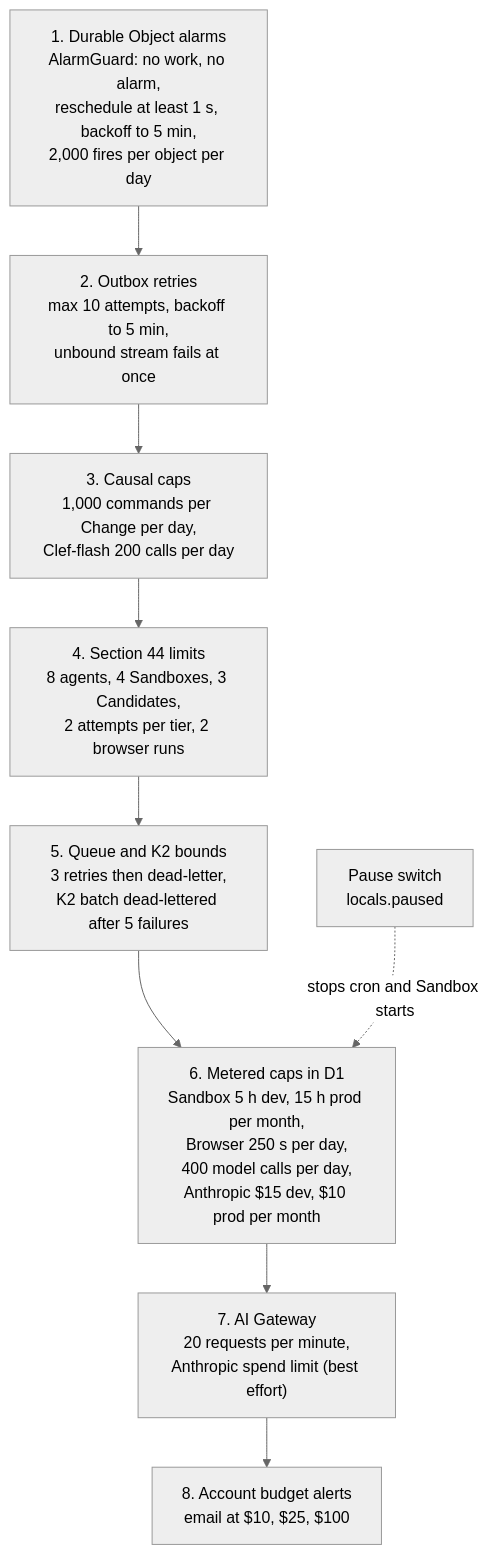
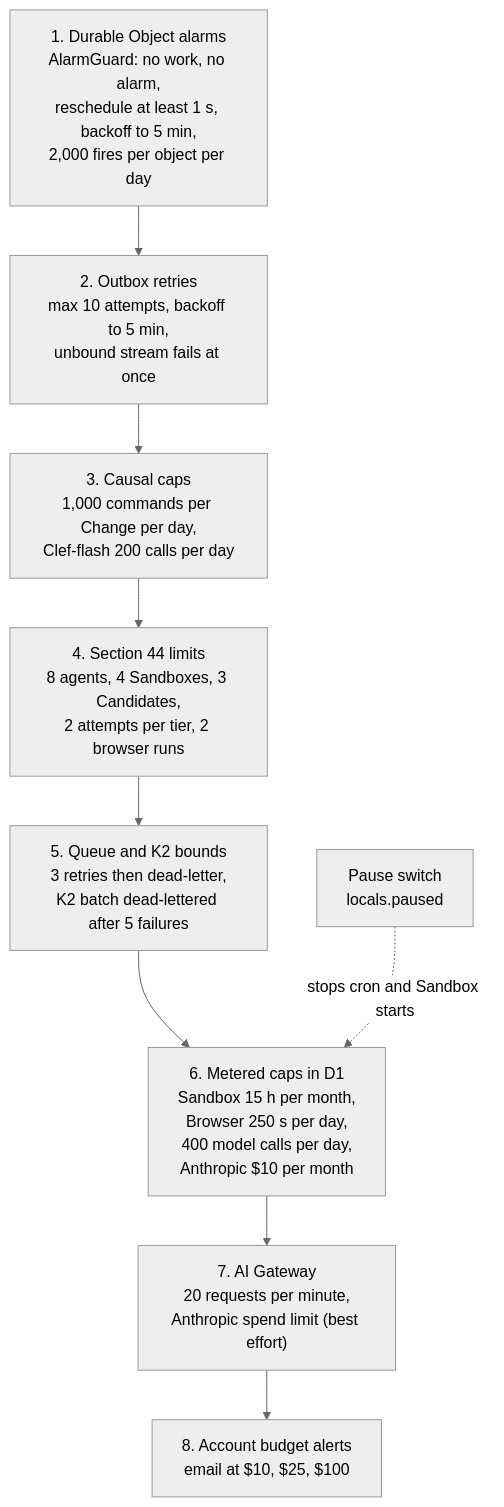
One commit to nsudhanva/rhumbatron changed the fifth of 6 diagrams in docs/architecture/infrastructure-and-cost.md. Above: the diagram before and after it, drawn with Mermaid (neutral theme). The commit also changed other lines of this file and 20 other files, not shown here.

````diff
--- a/docs/architecture/infrastructure-and-cost.md
+++ b/docs/architecture/infrastructure-and-cost.md
@@ -131,14 +126,14 @@
 ```mermaid
 flowchart TB
   L1["1. Durable Object alarms<br/>AlarmGuard: no work, no alarm,<br/>reschedule at least 1 s, backoff to 5 min,<br/>2,000 fires per object per day"]
   L2["2. Outbox retries<br/>max 10 attempts, backoff to 5 min,<br/>unbound stream fails at once"]
   L3["3. Causal caps<br/>1,000 commands per Change per day,<br/>Clef-flash 200 calls per day"]
   L4["4. Section 44 limits<br/>8 agents, 4 Sandboxes, 3 Candidates,<br/>2 attempts per tier, 2 browser runs"]
   L5["5. Queue and K2 bounds<br/>3 retries then dead-letter,<br/>K2 batch dead-lettered after 5 failures"]
-  L6["6. Metered caps in D1<br/>Sandbox 5 h dev, 15 h prod per month,<br/>Browser 250 s per day,<br/>400 model calls per day,<br/>Anthropic $15 dev, $10 prod per month"]
+  L6["6. Metered caps in D1<br/>Sandbox 15 h per month,<br/>Browser 250 s per day,<br/>400 model calls per day,<br/>Anthropic $10 per month"]
   L7["7. AI Gateway<br/>20 requests per minute,<br/>Anthropic spend limit (best effort)"]
   L8["8. Account budget alerts<br/>email at $10, $25, $100"]
   L9["Pause switch<br/>locals.paused"]
   L1 --> L2 --> L3 --> L4 --> L5 --> L6 --> L7 --> L8
   L9 -.->|"stops cron and Sandbox starts"| L6
 ```
````
